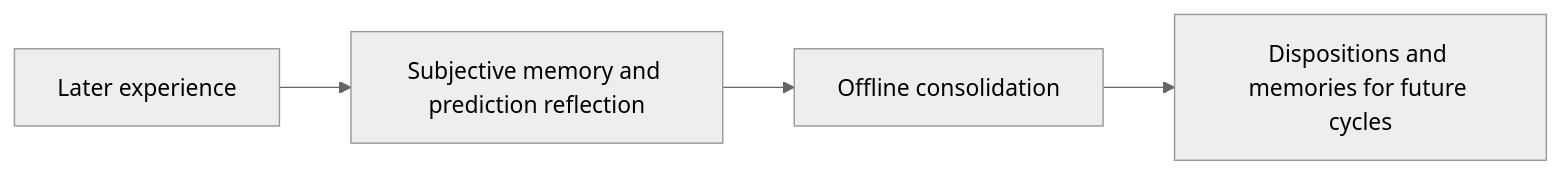
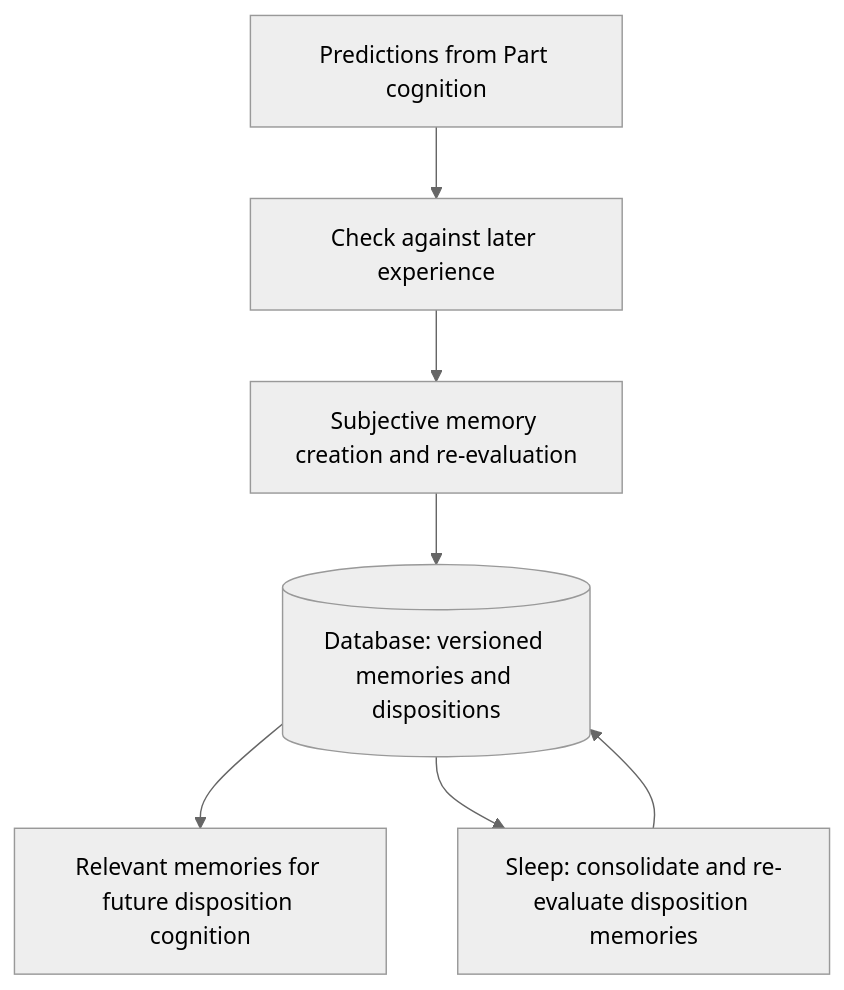
The second of 2 diagrams in README.md (rolyataylor2/PrismaticArchitecture), drawn with Mermaid (neutral theme) before and after one commit. The commit also changed other lines of this file, not shown here.

Commit message:
docs: show affect selection and prediction memory feedback

````diff
--- a/README.md
+++ b/README.md
@@ -88,6 +89,9 @@
 ```mermaid
-flowchart LR
-    E[Later experience] --> R[Subjective memory and prediction reflection]
-    R --> C[Offline consolidation]
-    C --> D[Dispositions and memories for future cycles]
+flowchart TD
+    P[Predictions from Part cognition] --> V[Check against later experience]
+    V --> M[Subjective memory creation and re-evaluation]
+    M --> DB[(Database: versioned memories and dispositions)]
+    DB --> R[Relevant memories for future disposition cognition]
+    DB --> S[Sleep: consolidate and re-evaluate disposition memories]
+    S --> DB
 ```
````
